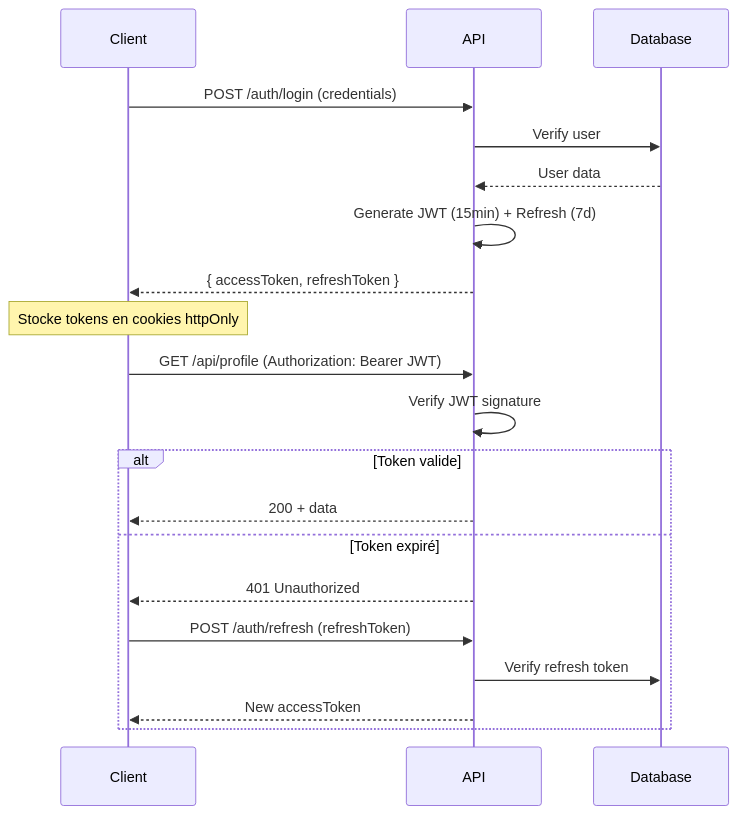
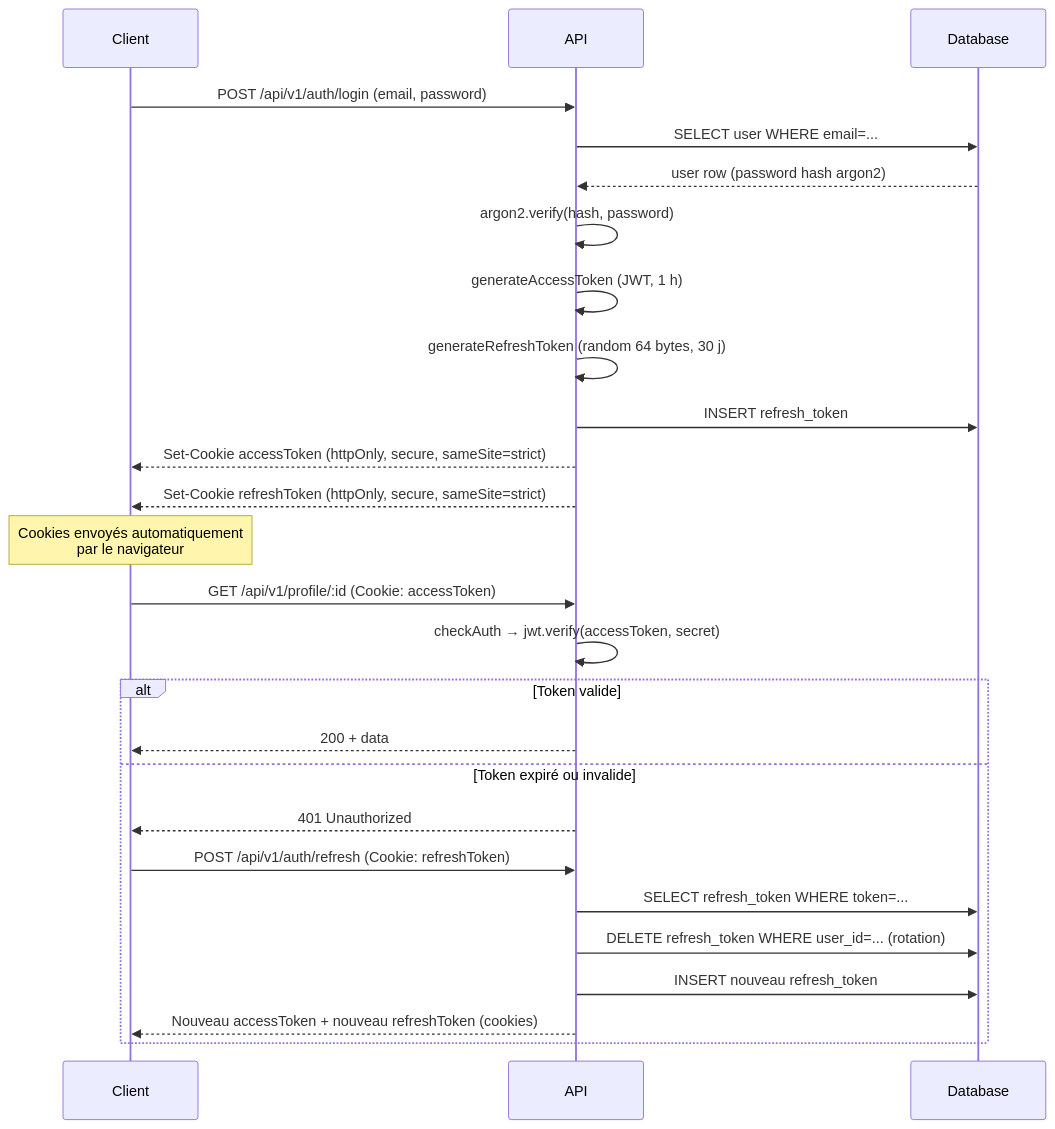
The diagram in docs/documentation-implementation/arc42/08-crosscutting/authentication.md (Sojeremy/documentation-skillswap), drawn with Mermaid before and after one commit. The commit also changed other lines of this file and 9 other files, not shown here.

First line of the commit message:
docs(arc42): chantier 3 — sécurité honnête (argon2, JWT 1h/30j, OWASP)

````diff
--- a/docs/documentation-implementation/arc42/08-crosscutting/authentication.md
+++ b/docs/documentation-implementation/arc42/08-crosscutting/authentication.md
@@ -5,25 +11,31 @@
 ```mermaid
 sequenceDiagram
     participant C as Client
     participant A as API
     participant DB as Database
 
-    C->>A: POST /auth/login (credentials)
-    A->>DB: Verify user
-    DB-->>A: User data
-    A->>A: Generate JWT (15min) + Refresh (7d)
-    A-->>C: { accessToken, refreshToken }
+    C->>A: POST /api/v1/auth/login (email, password)
+    A->>DB: SELECT user WHERE email=...
+    DB-->>A: user row (password hash argon2)
+    A->>A: argon2.verify(hash, password)
+    A->>A: generateAccessToken (JWT, 1 h)
+    A->>A: generateRefreshToken (random 64 bytes, 30 j)
+    A->>DB: INSERT refresh_token
+    A-->>C: Set-Cookie accessToken (httpOnly, secure, sameSite=strict)
+    A-->>C: Set-Cookie refreshToken (httpOnly, secure, sameSite=strict)
 
-    Note over C: Stocke tokens en cookies httpOnly
+    Note over C: Cookies envoyés automatiquement<br/>par le navigateur
 
-    C->>A: GET /api/profile (Authorization: Bearer JWT)
-    A->>A: Verify JWT signature
+    C->>A: GET /api/v1/profile/:id (Cookie: accessToken)
+    A->>A: checkAuth → jwt.verify(accessToken, secret)
     alt Token valide
         A-->>C: 200 + data
-    else Token expiré
+    else Token expiré ou invalide
         A-->>C: 401 Unauthorized
-        C->>A: POST /auth/refresh (refreshToken)
-        A->>DB: Verify refresh token
-        A-->>C: New accessToken
+        C->>A: POST /api/v1/auth/refresh (Cookie: refreshToken)
+        A->>DB: SELECT refresh_token WHERE token=...
+        A->>DB: DELETE refresh_token WHERE user_id=... (rotation)
+        A->>DB: INSERT nouveau refresh_token
+        A-->>C: Nouveau accessToken + nouveau refreshToken (cookies)
     end
 ```
````
